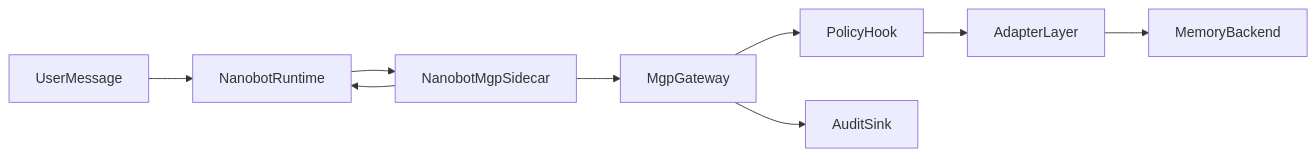
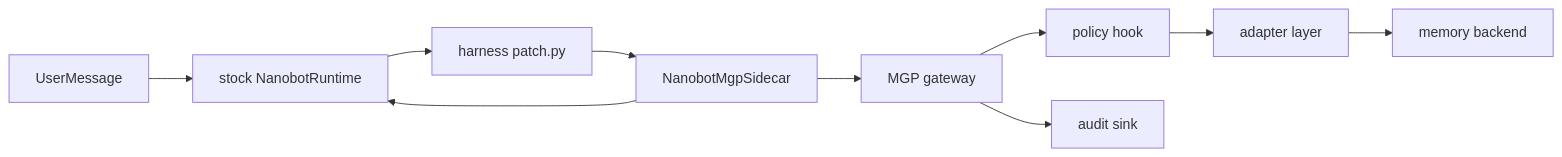
The second of 3 diagrams in integrations/nanobot/README.md (HKUDS/MGP), drawn with Mermaid before and after one commit. The commit also changed other lines of this file and 1 other file, not shown here.

First line of the commit message:
docs(nanobot): rewrite integration guide with two paths and gateway-side reference (#18)

````diff
--- a/integrations/nanobot/README.md
+++ b/integrations/nanobot/README.md
@@ -51,11 +156,12 @@
 ```mermaid
 flowchart LR
-  UserMsg[UserMessage] --> NanobotLoop[NanobotRuntime]
-  NanobotLoop --> SidecarLocal[NanobotMgpSidecar]
-  SidecarLocal --> MgpGateway[MgpGateway]
-  MgpGateway --> PolicyHook[PolicyHook]
-  PolicyHook --> AdapterLayer[AdapterLayer]
-  AdapterLayer --> MemoryBackend[MemoryBackend]
-  MgpGateway --> AuditSink[AuditSink]
+  UserMsg[UserMessage] --> NanobotLoop[stock NanobotRuntime]
+  NanobotLoop --> Patch[harness patch.py]
+  Patch --> SidecarLocal[NanobotMgpSidecar]
+  SidecarLocal --> MgpGateway[MGP gateway]
+  MgpGateway --> PolicyHook[policy hook]
+  PolicyHook --> AdapterLayer[adapter layer]
+  AdapterLayer --> MemoryBackend[memory backend]
+  MgpGateway --> AuditSink[audit sink]
   SidecarLocal --> NanobotLoop
 ```
````
